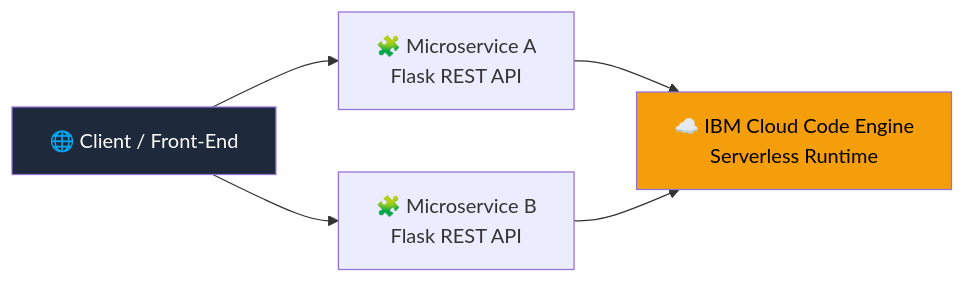
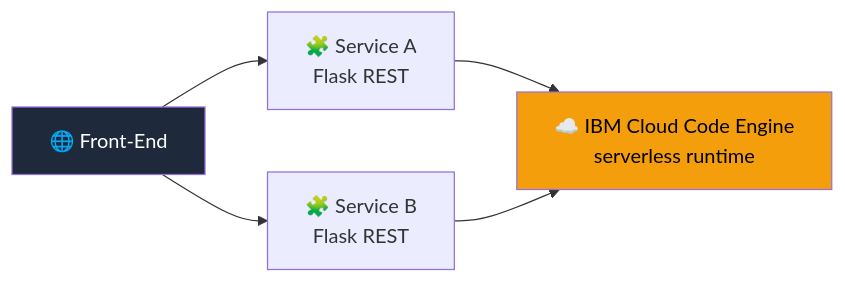
The tenth of 10 diagrams in README.md (Talha-Yaseen-Hub/FP-IBM-DFEAR), drawn with Mermaid before and after one commit. The commit also changed other lines of this file, not shown here.

````diff
--- a/README.md
+++ b/README.md
@@ -643,10 +437,10 @@
 ```mermaid
 flowchart LR
-    C["🌐 Client / Front-End"] --> M1["🧩 Microservice A<br/>Flask REST API"]
-    C --> M2["🧩 Microservice B<br/>Flask REST API"]
-    M1 --> CE["☁️ IBM Cloud Code Engine<br/>Serverless Runtime"]
+    C["🌐 Front-End"] --> M1["🧩 Service A<br/>Flask REST"]
+    C --> M2["🧩 Service B<br/>Flask REST"]
+    M1 --> CE["☁️ IBM Cloud Code Engine<br/>serverless runtime"]
     M2 --> CE
 
     style CE fill:#f59e0b,color:#000
     style C fill:#1e293b,color:#fff
 ```
````
